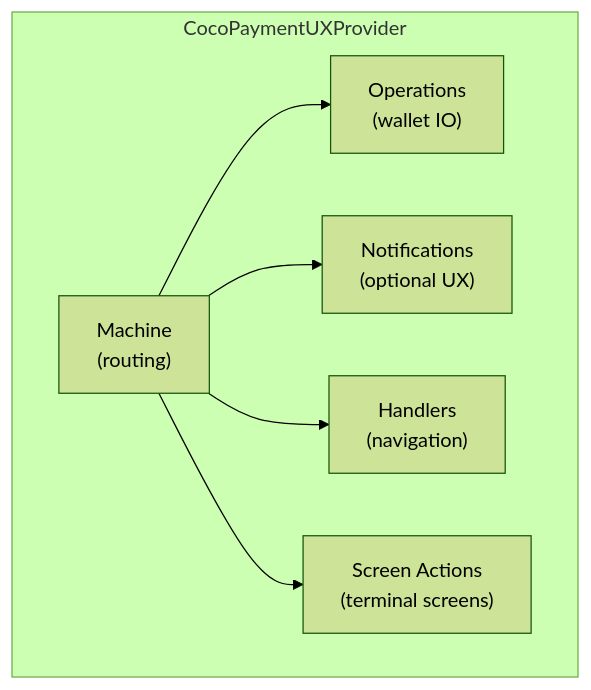
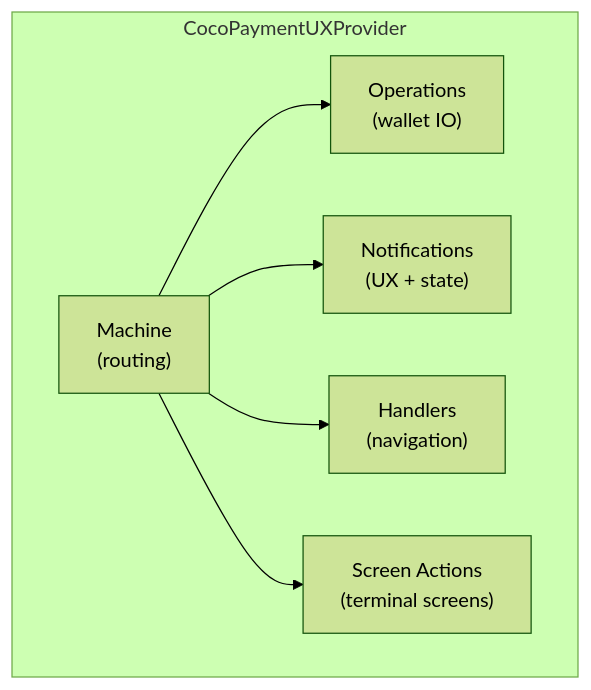
The diagram in coco-payment-ux/docs/guide/architecture.md (SovranBitcoin/Sovran), drawn with Mermaid (forest theme) before and after one commit. The commit also changed other lines of this file and 38 other files, not shown here.

````diff
--- a/coco-payment-ux/docs/guide/architecture.md
+++ b/coco-payment-ux/docs/guide/architecture.md
@@ -5,9 +31,9 @@
 ```mermaid
 graph TD
   subgraph CocoPaymentUXProvider
     M["Machine\n(routing)"] --> O["Operations\n(wallet IO)"]
-    M --> N["Notifications\n(optional UX)"]
+    M --> N["Notifications\n(UX + state)"]
     M --> H["Handlers\n(navigation)"]
     M --> S["Screen Actions\n(terminal screens)"]
   end
 ```
````
